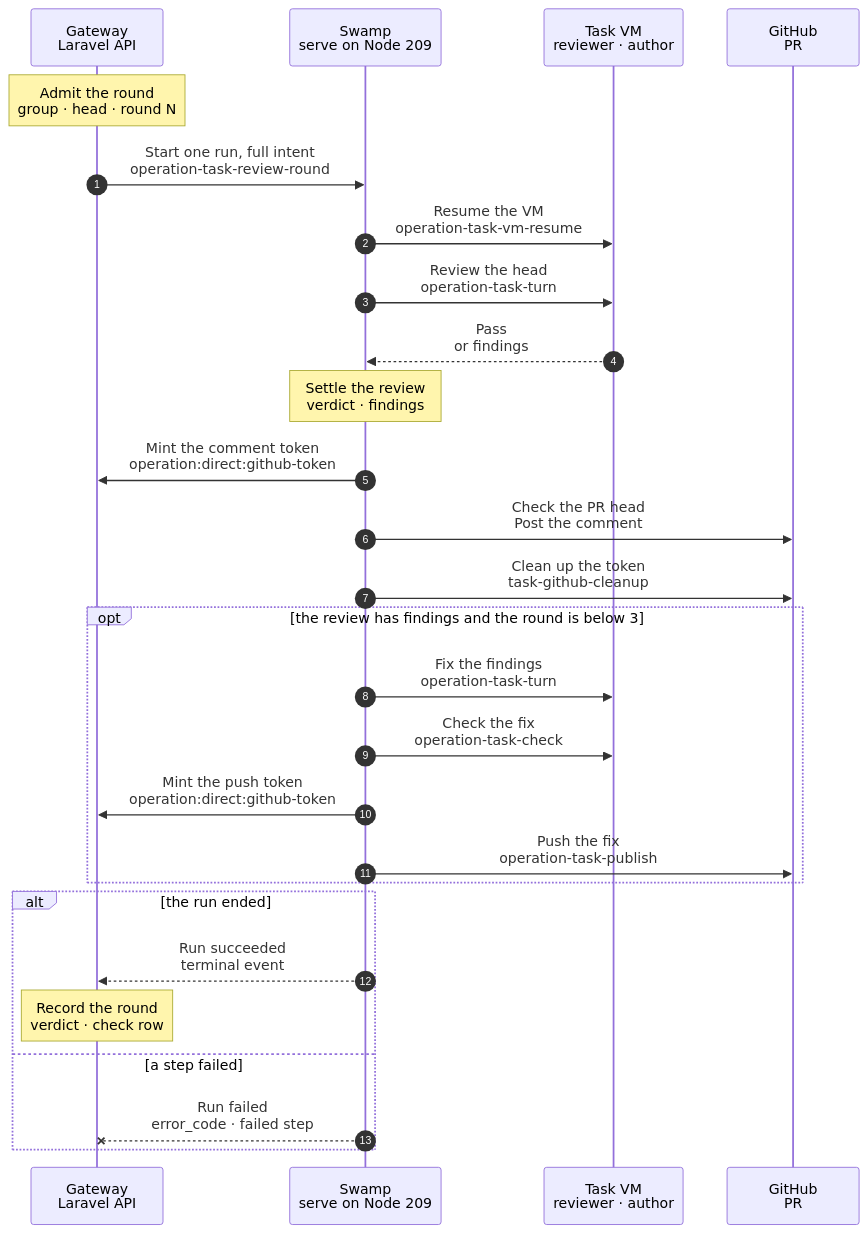
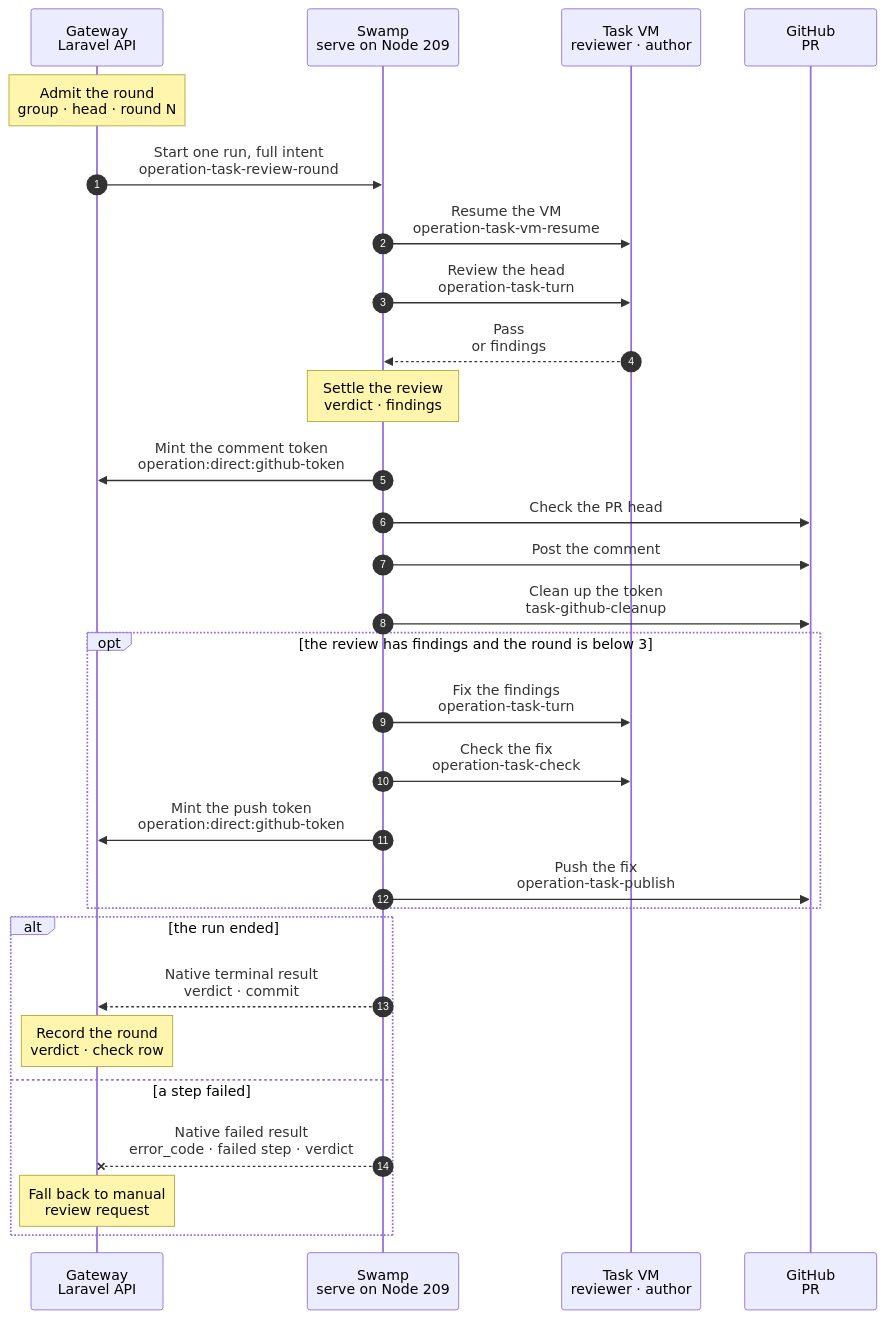
Before and after one commit to hardimpactdev/orbit: the diagram in docs/cli/tasks/review-round.mmd, drawn with Mermaid.

Commit message:
docs(tasks): review round chart with the approved fix leg

```diff
--- a/docs/cli/tasks/review-round.mmd
+++ b/docs/cli/tasks/review-round.mmd
@@ -1,79 +1,96 @@
 sequenceDiagram
-  %% Target design: stage 4 of the command development pipeline (docs/reference/pipeline/4-pr-and-ci.mmd, "Admit a review round"): one Swamp run per round. The pattern of tasks:prep-fix: one admission, one parent Swamp run, existing workflows as children. It replaces the gate check driving the reviewer turn, the comment and the fix one admission at a time (decided by the orchestrator, for Nick's review).
+  %% Target design: stage 4 of the command development pipeline (docs/reference/pipeline/4-pr-and-ci.mmd, "Admit a review round"): one Swamp run per round. The pattern of tasks:prep-fix: one admission, one parent Swamp run, existing workflows as children. It replaces the gate check driving the reviewer turn, the comment and the fix one admission at a time. Decided by the orchestrator, for Nick's review.
   %% status: draft
   %% kind: tasks.review_round
   autonumber
   %% lane GW icon=gateway pill=intent tone=blue
   %% lane SW icon=workflow pill=executes tone=green
   %% lane VM icon=terminal pill=target tone=amber
   %% lane GH icon=server pill=target tone=purple
   participant GW as Gateway<br/>Laravel API
   participant SW as Swamp<br/>serve on Node 209
   participant VM as Task VM<br/>reviewer · author
   participant GH as GitHub<br/>PR
   Note over GW: Admit the round<br/>group · head · round N
   %%> Who calls it:
   %%> - the gate check `tasks:pr-gate`, once for each head of a group in automatic mode; there is no command, route or MCP tool
   %%> Requirements:
   %%> - the group is an open external group of a review-and-merge Project, with a published PR that is out of draft, and no running operation
-  %%> - the PR head is a passed handoff candidate of the current subtask, and the group used fewer than 3 rounds
+  %%> - the PR head is eligible: a passed handoff candidate of the current subtask, or a head that an earlier round of this group pushed
+  %%> - the group used fewer than 3 rounds, and the merge check of the PR is green on the head
   %%> What it does:
-  %%> - captures, in one transaction, the resume of the VM, the reviewer turn in a new thread, the comment, and, because the verdict is not known yet, the fix turn, the handoff check and the push of the fix
+  %%> - captures, in one transaction, the resume of the VM, the reviewer turn in a new thread, and the comment
+  %%> - in rounds 1 and 2 it also captures the fix: the author turn, the local check and the push. Round 3 captures no fix, so findings in round 3 end the run
+  %%> - creates the check row of the fix as `running` and puts its id in the intent; the check has no hosted CI, so it needs no CI token
   %%> - names the vault keys of the Pi token, the comment token and the push token; the run writes the Pi token when it starts, and each GitHub step mints its token when it runs
-  %%> - records the round (group, head, round number) so a repeat tick on the same head replays this Operation
+  %%> - records the round (group, head, round number), so a repeat tick on the same head replays this Operation
+  %%> Not captured:
+  %%> - the findings: the fix prompt, the comment body and the pushed commit are built by the run from the settled review
   GW->>SW: Start one run, full intent<br/>operation-task-review-round
   %%> What it does:
   %%> - starts one Swamp run on serve (Node 209); no Node is a target
   %%> Inputs:
   %%> - the whole intent above and the vault key names of the credentials, never their values
-  %%> - two steps of the run call the Gateway: each GitHub step mints its token when it starts, with the run id of this run
+  %%> - two steps of the run call the Gateway: the comment and the push mint their tokens when they start, with the run id of this run
   SW->>VM: Resume the VM<br/>operation-task-vm-resume
   %%> What it does:
   %%> - starts the parked VM and waits for its agent and Pi; the workspace and the Pi sessions are as the park left them
   SW->>VM: Review the head<br/>operation-task-turn
   %%> What it does:
   %%> - a new reviewer thread, with the role `reviewer`: an agent that took no part in the spec, the code or an earlier round
   %%> - it reads the PR head, the chart, the page, the cases and the CI result, and judges them against the review rules; it changes no file
   VM-->>SW: Pass<br/>or findings
   Note over SW: Settle the review<br/>verdict · findings
   %%> What it does:
-  %%> - turns the outcome of the reviewer into a verdict: pass, findings, or failed
+  %%> - the `settle` method of `@nckrtl/task-turn-data` turns the outcome of the reviewer into a verdict: pass, findings, or failed
+  %%> - the findings become the end of the prompt of the fix turn and the body of the comment
   SW->>GW: Mint the comment token<br/>operation:direct:github-token
   %%> What it does:
   %%> - mints a token with only `pull_requests: write` into the vault key that admission named
-  SW->>GH: Check the PR head<br/>Post the comment
+  SW->>GH: Check the PR head
   %%> What it does:
-  %%> - refuses a PR that is not open or whose head is not the head of the round, with `tasks_pr.head_moved`; otherwise posts the verdict and the findings as a comment of the App, so Nick can read them
+  %%> - refuses a PR that is not open or whose head is not the head of the round, with `tasks_pr.head_moved`
+  SW->>GH: Post the comment
+  %%> What it does:
+  %%> - posts the verdict and the findings as a comment of the App, so Nick can read them
+  %%> - the step may fail without failing the run: a comment that GitHub refused never loses the verdict or the fix
   %%> Why:
   %%> - the App opened the PR, and GitHub does not let an author approve its own PR, so the pass is recorded by the Gateway, not as a GitHub approval
   SW->>GH: Clean up the token<br/>task-github-cleanup
   %%> When:
   %%> - always, on success and failure
   opt the review has findings and the round is below 3
     SW->>VM: Fix the findings<br/>operation-task-turn
     %%> What it does:
     %%> - the author thread of the group gets the findings as its prompt and fixes them in the workspace
+    %%> Refuses:
+    %%> - a turn that does not end with the outcome `ready_for_review`: nothing is checked or pushed
     SW->>VM: Check the fix<br/>operation-task-check
     %%> What it does:
-    %%> - the handoff check of the Project on the workspace, as `tasks:check` runs it
-    %%> - the result carries what the Gateway needs to record the check row; the Gateway creates the row from that result and not at admission (decided by the orchestrator, for Nick's review)
+    %%> - the handoff check of the Project on the workspace, as `tasks:check` runs it, without hosted CI: the PR runs its own CI on the pushed head
+    %%> Refuses:
+    %%> - a check that did not pass: nothing is pushed
     SW->>GW: Mint the push token<br/>operation:direct:github-token
     SW->>GH: Push the fix<br/>operation-task-publish
     %%> What it does:
-    %%> - pushes the checked commit to the branch of the PR without force; the head moves, and the gate check admits the next round once CI on the new head is green
-    %%> - a check that did not pass, or a branch that moved, ends the run with no push
+    %%> - pushes the checked commit to the branch of the PR without force, with `check: null` as `tasks:prep-fix` does; the commit, tree and refspec come from the output of the check
+    %%> - the head moves; once the merge check is green on it, the gate check admits the next round
+    %%> Refuses:
+    %%> - a branch that moved since the park, with `tasks.not_fast_forward`; nothing is overwritten
   end
   alt the run ended
-    SW-->>GW: Run succeeded<br/>terminal event
+    SW-->>GW: Native terminal result<br/>verdict · commit
     %%> How the Gateway learns it:
     %%> - its shared run reader sees the terminal event; Swamp never calls the Gateway
     Note over GW: Record the round<br/>verdict · check row
     %%> Result:
-    %%> - the Gateway records the verdict and the findings of that head and round, and creates the check row from the check result
+    %%> - the Gateway records the verdict and the findings of that head and round, updates the check row from the output of the check, and records the pushed commit on the round, so that `eligible()` accepts it as the next head
     %%> - a pass lets the gate check admit the merge step
-    %%> - after round 3 with findings, or when the round failed, the Gateway switches the group to manual mode; the ready step then requests the review of Nick
   else a step failed
-    SW--xGW: Run failed<br/>error_code · failed step
+    SW--xGW: Native failed result<br/>error_code · failed step · verdict
     %%> The Gateway reads:
-    %%> - which step failed and its error code; the group falls back to manual mode
+    %%> - which step failed and its error code; the result keeps the verdict when the review ended, even if the fix did not pass
+    Note over GW: Fall back to manual<br/>review request
+    %%> Result:
+    %%> - after round 3 with findings, a failed round, or a failed fix, the gate check switches the group to manual mode; the ready step then requests the review of Nick
   end
```
